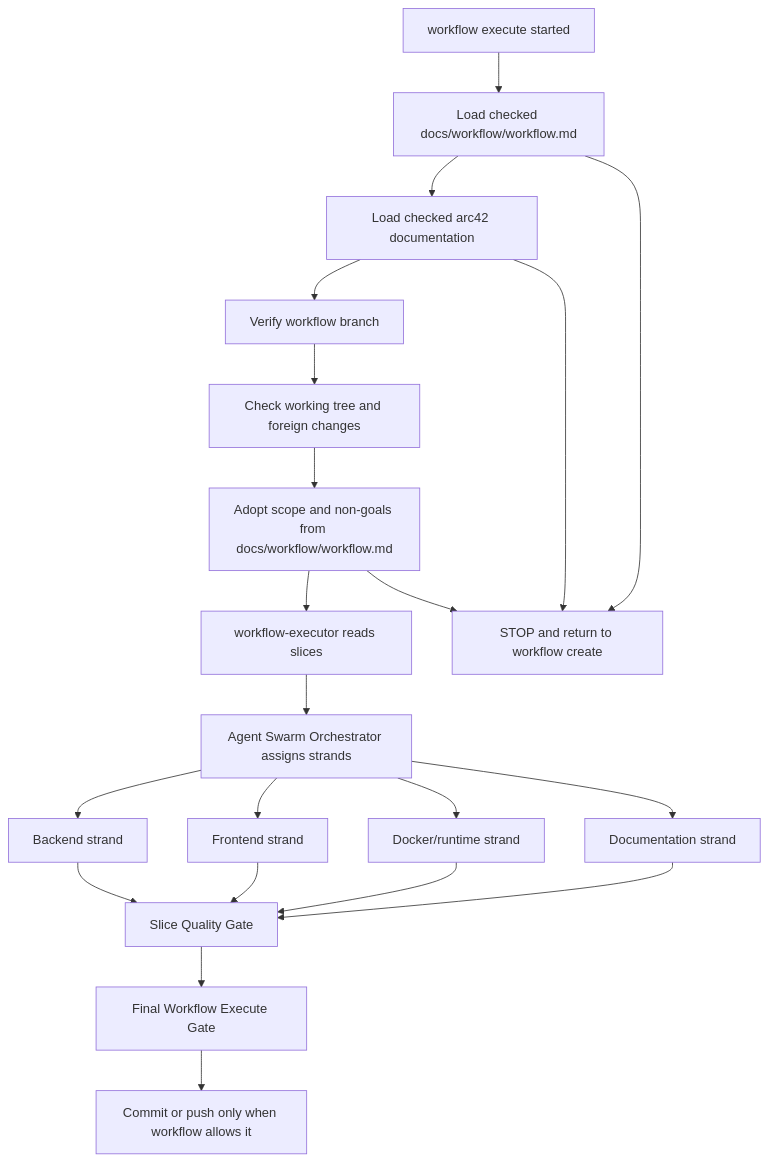
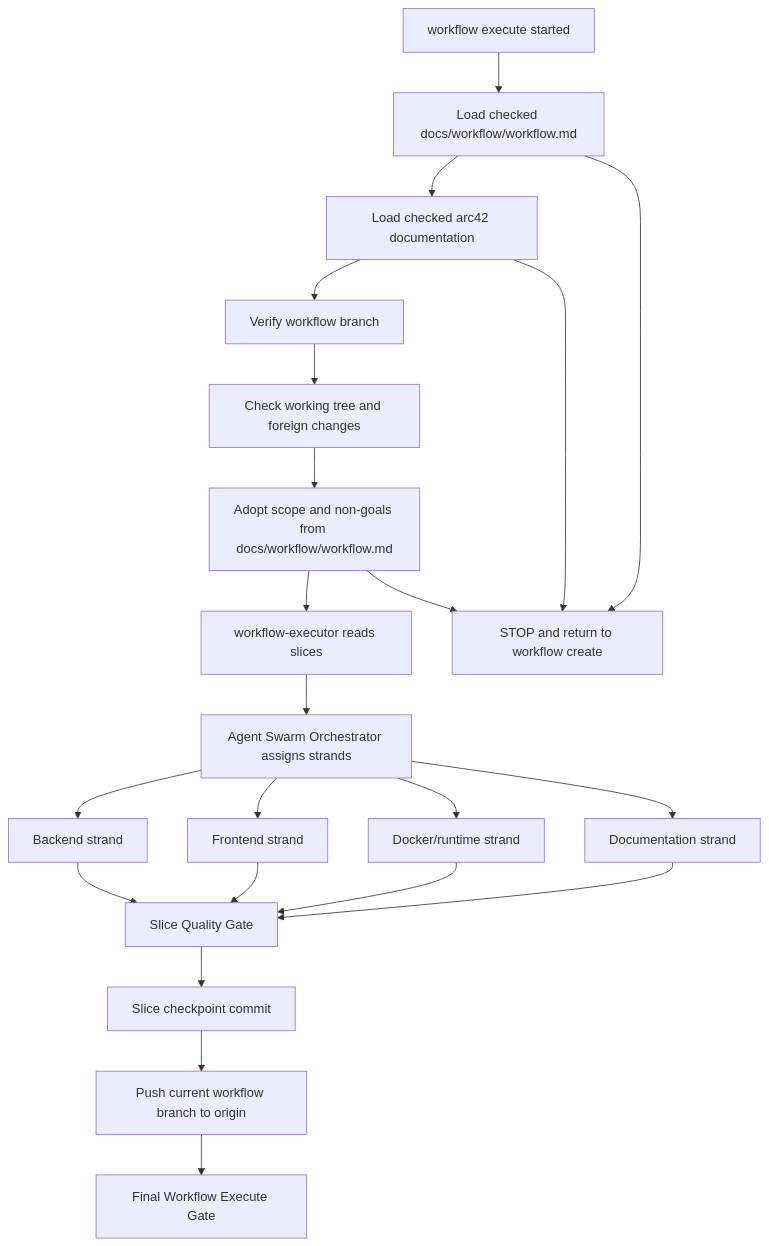
One commit to MatthiasBurger-Coder/forensic_analytics changed the diagram in docs/process/workflow-execute.md. Above: the diagram before and after it, drawn with Mermaid. The commit also changed other lines of this file and 13 other files, not shown here.

Commit message:
docs(workflow): require slice checkpoint commits

````diff
--- a/docs/process/workflow-execute.md
+++ b/docs/process/workflow-execute.md
@@ -12,29 +12,30 @@
 ```mermaid
 flowchart TD
   Start["workflow execute started"]
   Workflow["Load checked docs/workflow/workflow.md"]
   Arc42["Load checked arc42 documentation"]
   Branch["Verify workflow branch"]
   Status["Check working tree and foreign changes"]
   Scope["Adopt scope and non-goals from docs/workflow/workflow.md"]
   Slices["workflow-executor reads slices"]
   Orchestrator["Agent Swarm Orchestrator assigns strands"]
   Backend["Backend strand"]
   Frontend["Frontend strand"]
   Runtime["Docker/runtime strand"]
   Docs["Documentation strand"]
   SliceGate["Slice Quality Gate"]
+  CheckpointCommit["Slice checkpoint commit"]
+  CheckpointPush["Push current workflow branch to origin"]
   FinalGate["Final Workflow Execute Gate"]
-  Release["Commit or push only when workflow allows it"]
   Stop["STOP and return to workflow create"]
 
   Start --> Workflow --> Arc42 --> Branch --> Status --> Scope --> Slices --> Orchestrator
   Orchestrator --> Backend --> SliceGate
   Orchestrator --> Frontend --> SliceGate
   Orchestrator --> Runtime --> SliceGate
   Orchestrator --> Docs --> SliceGate
-  SliceGate --> FinalGate --> Release
+  SliceGate --> CheckpointCommit --> CheckpointPush --> FinalGate
   Workflow --> Stop
   Arc42 --> Stop
   Scope --> Stop
 ```
````
